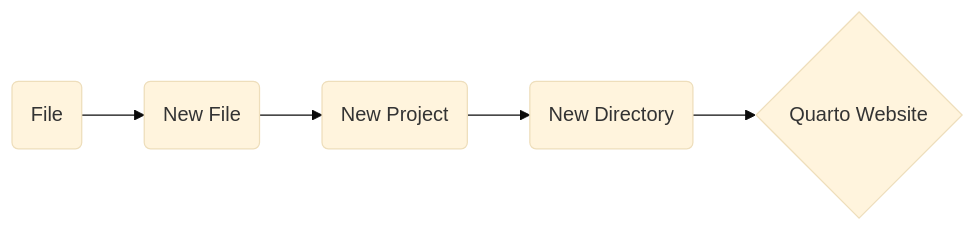
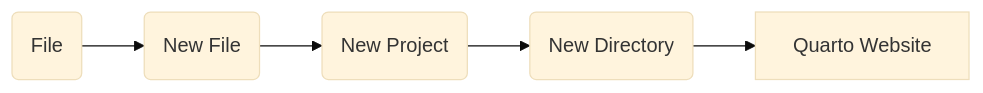
The first of 3 diagrams in introducao_quarto_markdown.qmd (francojra/introducao_ao_quarto), drawn with Mermaid (base theme) before and after one commit. The commit also changed other lines of this file and 1 other file, not shown here.

````diff
--- a/introducao_quarto_markdown.qmd
+++ b/introducao_quarto_markdown.qmd
@@ -84,7 +88,7 @@
 ```{mermaid}
 flowchart LR
   A(File) --> B(New File)
   B --> C(New Project)
   C --> D(New Directory)
-  D --> E{Quarto Website}
+  D --> E[Quarto Website]
 ```
````
